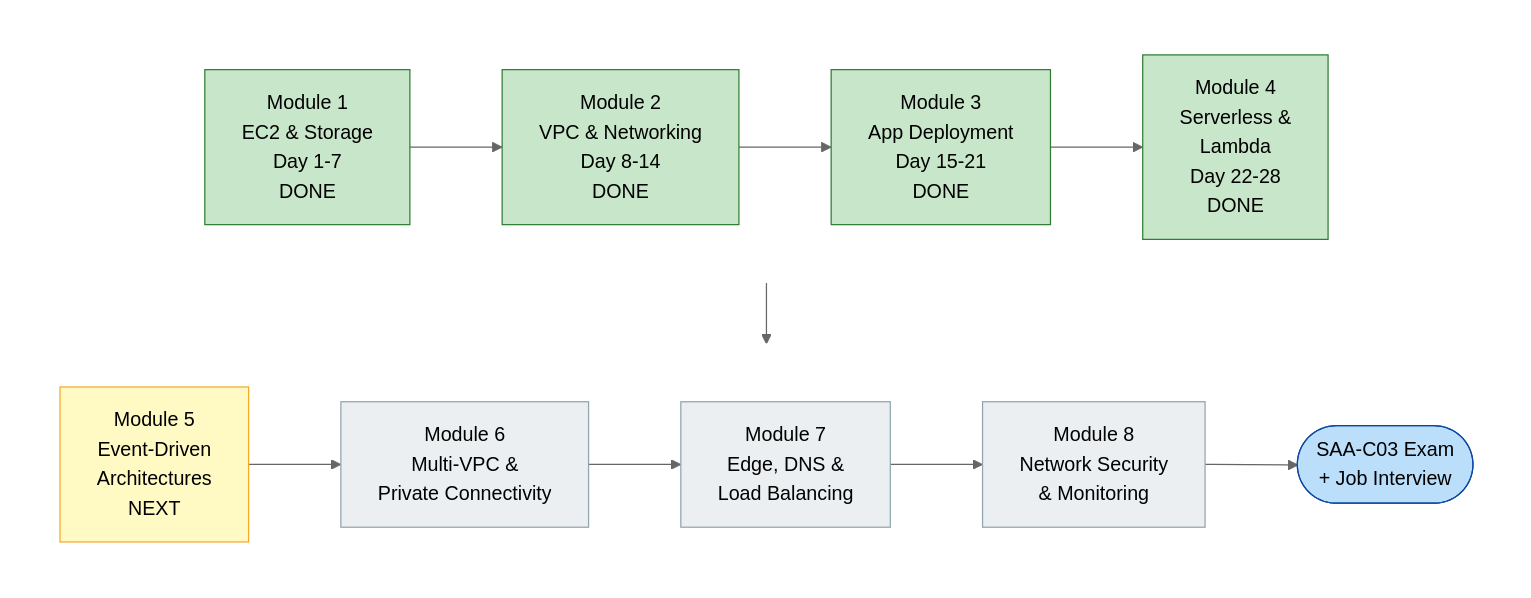
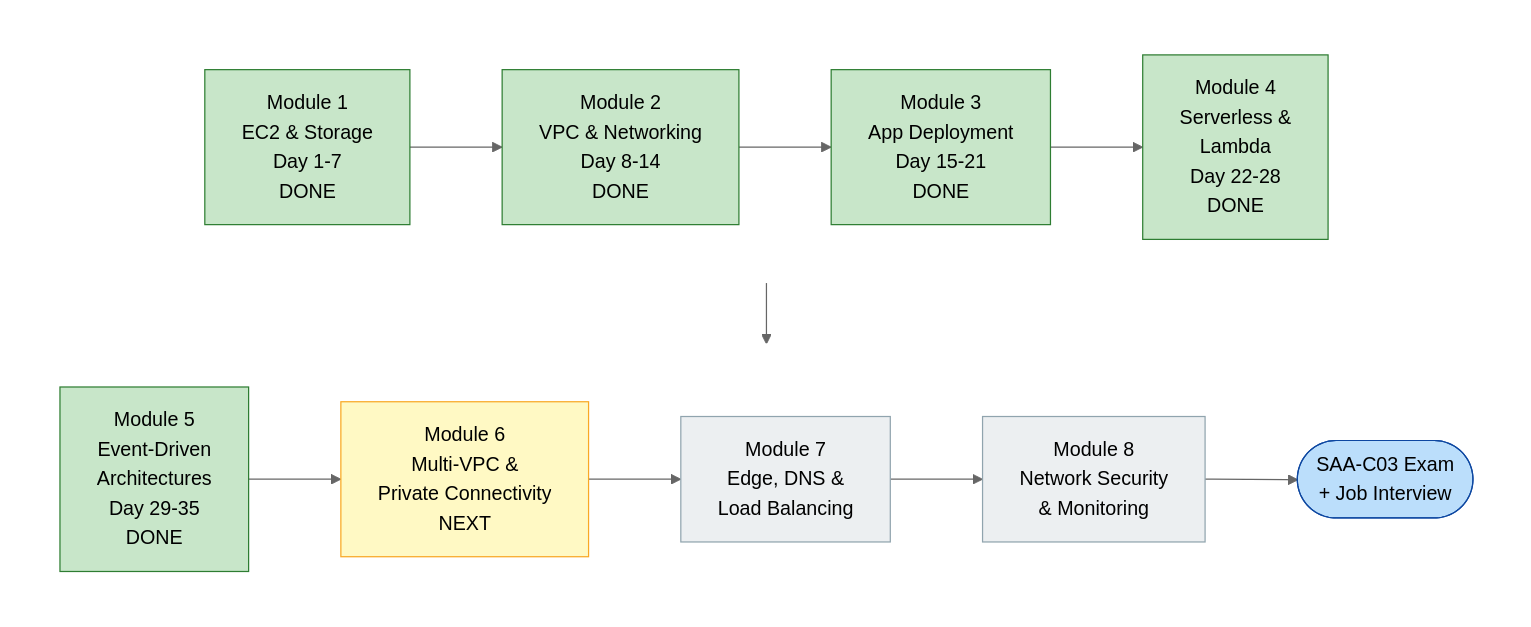
The diagram in images/src/00-course-roadmap.mmd (JASIM16027/AWS-NOTES), drawn with Mermaid (neutral theme) before and after one commit. The commit also changed 22 other files, not shown here.

First line of the commit message:
Add Module 5 Day 29-35: Event-Driven Architectures with Lambda

```diff
--- a/images/src/00-course-roadmap.mmd
+++ b/images/src/00-course-roadmap.mmd
@@ -1,26 +1,26 @@
 flowchart TB
   subgraph R1[" "]
     direction LR
     M1["Module 1<br/>EC2 & Storage<br/>Day 1-7<br/>DONE"] --> M2["Module 2<br/>VPC & Networking<br/>Day 8-14<br/>DONE"]
     M2 --> M3["Module 3<br/>App Deployment<br/>Day 15-21<br/>DONE"]
     M3 --> M4["Module 4<br/>Serverless &<br/>Lambda<br/>Day 22-28<br/>DONE"]
   end
   subgraph R2[" "]
     direction LR
-    M5["Module 5<br/>Event-Driven<br/>Architectures<br/>NEXT"] --> M6["Module 6<br/>Multi-VPC &<br/>Private Connectivity"]
+    M5["Module 5<br/>Event-Driven<br/>Architectures<br/>Day 29-35<br/>DONE"] --> M6["Module 6<br/>Multi-VPC &<br/>Private Connectivity<br/>NEXT"]
     M6 --> M7["Module 7<br/>Edge, DNS &<br/>Load Balancing"]
     M7 --> M8["Module 8<br/>Network Security<br/>& Monitoring"]
     M8 --> GOAL(["SAA-C03 Exam<br/>+ Job Interview"])
   end
   R1 --> R2
   style R1 fill:#ffffff,stroke:#ffffff
   style R2 fill:#ffffff,stroke:#ffffff
   style M1 fill:#c8e6c9,stroke:#2e7d32
   style M2 fill:#c8e6c9,stroke:#2e7d32
   style M3 fill:#c8e6c9,stroke:#2e7d32
   style M4 fill:#c8e6c9,stroke:#2e7d32
-  style M5 fill:#fff9c4,stroke:#f9a825
-  style M6 fill:#eceff1,stroke:#90a4ae
+  style M5 fill:#c8e6c9,stroke:#2e7d32
+  style M6 fill:#fff9c4,stroke:#f9a825
   style M7 fill:#eceff1,stroke:#90a4ae
   style M8 fill:#eceff1,stroke:#90a4ae
   style GOAL fill:#bbdefb,stroke:#0d47a1
```
